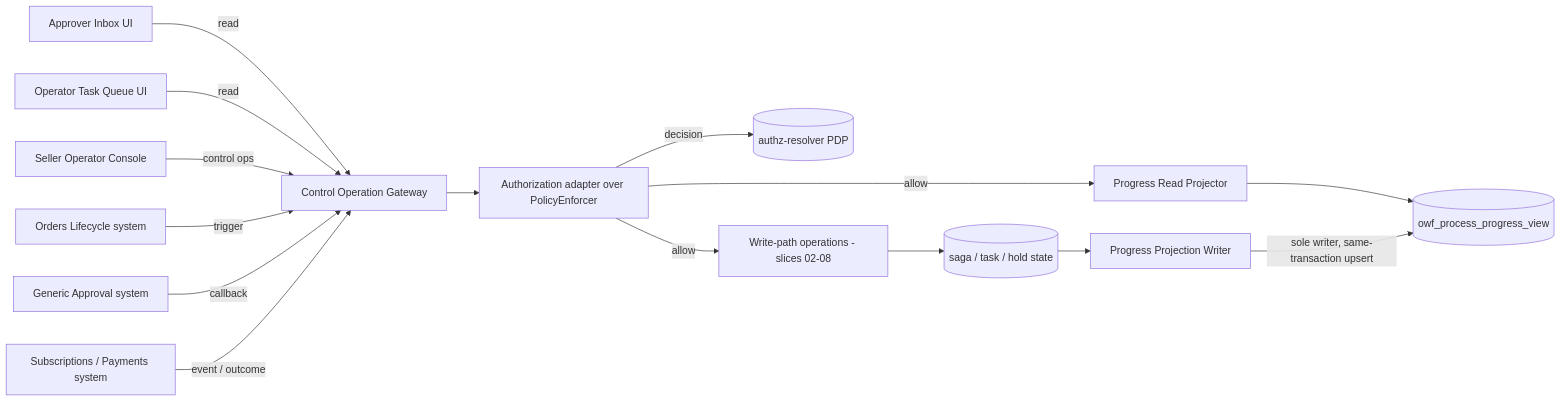
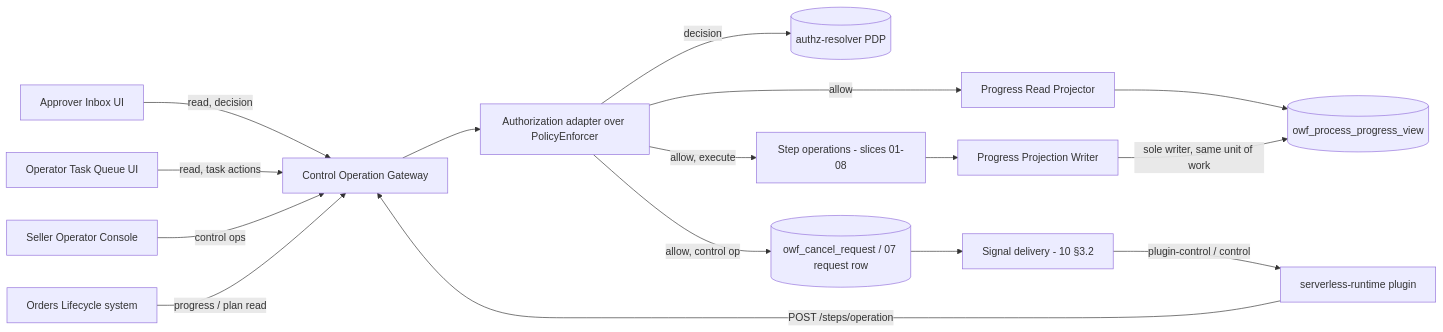
The first of 5 diagrams in gears/bss/orders-workflow/docs/design/09-read-and-authz.md (constructorfabric/gears-rust), drawn with Mermaid before and after one commit. The commit also changed other lines of this file, not shown here.

Commit message:
docs(bss/orders-workflow): slice 09 provides step operations and a definition fragment (none of its own: process_step × execute authorizes the 34 granted step operations for the serverless-runtime principal; start becomes the platform trigger; cancel and step retry record a request and signal)

````diff
--- a/gears/bss/orders-workflow/docs/design/09-read-and-authz.md
+++ b/gears/bss/orders-workflow/docs/design/09-read-and-authz.md
@@ -407,17 +494,18 @@
 ```mermaid
 graph LR
-    A[Approver Inbox UI] -->|read| G[Control Operation Gateway]
-    B[Operator Task Queue UI] -->|read| G
+    A[Approver Inbox UI] -->|read, decision| G[Control Operation Gateway]
+    B[Operator Task Queue UI] -->|read, task actions| G
     C[Seller Operator Console] -->|control ops| G
-    D[Orders Lifecycle system] -->|trigger| G
-    E[Generic Approval system] -->|callback| G
-    F[Subscriptions / Payments system] -->|event / outcome| G
+    D[Orders Lifecycle system] -->|progress / plan read| G
+    R[serverless-runtime plugin] -->|POST /steps/operation| G
     G --> H[Authorization adapter over PolicyEnforcer]
     H -->|decision| P[(authz-resolver PDP)]
     H -->|allow| I[Progress Read Projector]
-    H -->|allow| J[Write-path operations - slices 02-08]
+    H -->|allow, execute| J[Step operations - slices 01-08]
+    H -->|allow, control op| Q[(owf_cancel_request / 07 request row)]
+    Q --> S[Signal delivery - 10 §3.2]
+    S -->|plugin-control / control| R
     I --> K[(owf_process_progress_view)]
-    J --> L[(saga / task / hold state)]
-    L --> W[Progress Projection Writer]
-    W -->|sole writer, same-transaction upsert| K
+    J --> W[Progress Projection Writer]
+    W -->|sole writer, same unit of work| K
 ```
````
